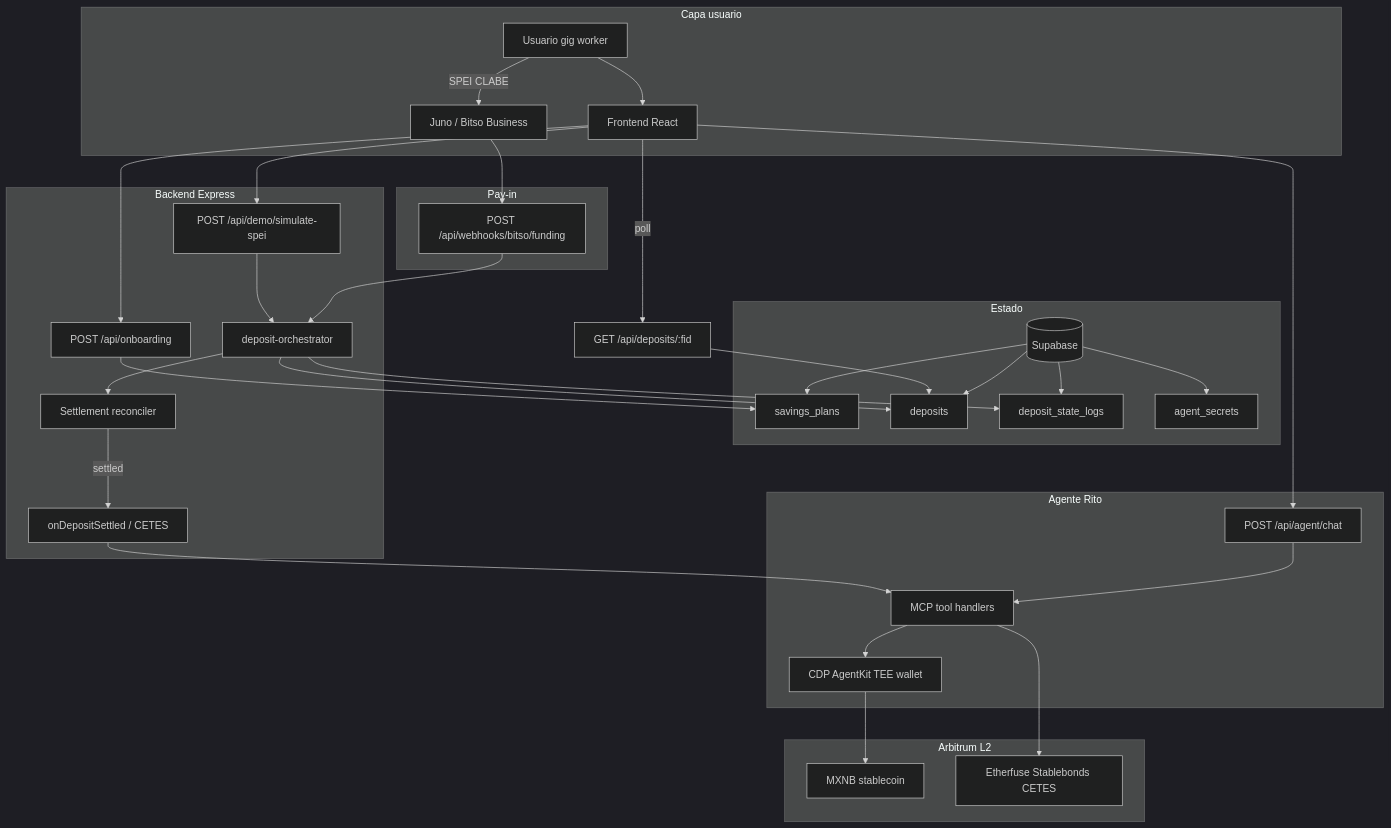
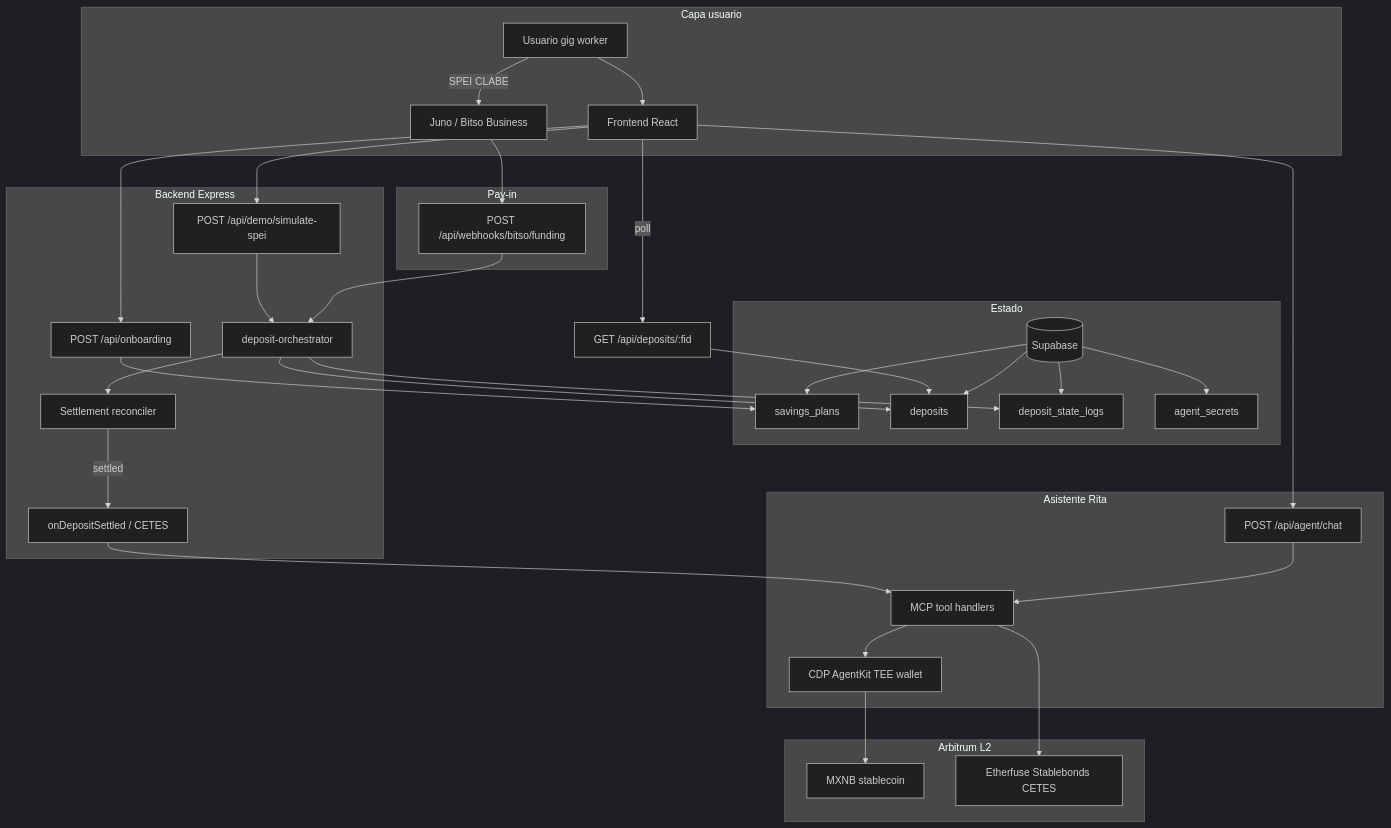
Before and after one commit to Edgadafi/retiro-inteligente-latam: the diagram in ARCHITECTURE.md, drawn with Mermaid (dark theme). The commit also changed other lines of this file and 3 other files, not shown here.

````diff
--- a/ARCHITECTURE.md
+++ b/ARCHITECTURE.md
@@ -12,63 +12,63 @@
 ```mermaid
 flowchart TB
   subgraph edge [Capa usuario]
     User[Usuario gig worker]
     FE[Frontend React]
     User -->|SPEI CLABE| PayIn
     User --> FE
   end
 
   subgraph payin [Pay-in]
     PayIn[Juno / Bitso Business]
     WH["POST /api/webhooks/bitso/funding"]
     PayIn --> WH
   end
 
   subgraph data [Estado]
     SB[(Supabase)]
     Plans[savings_plans]
     Deposits[deposits]
     Logs[deposit_state_logs]
     AgentSec[agent_secrets]
     SB --> Plans
     SB --> Deposits
     SB --> Logs
     SB --> AgentSec
   end
 
   subgraph backend [Backend Express]
     Onboard["POST /api/onboarding"]
     Demo["POST /api/demo/simulate-spei"]
     Recon[Settlement reconciler]
     Orch[deposit-orchestrator]
     WH --> Orch
     Demo --> Orch
     Onboard --> Plans
     Orch --> Deposits
     Orch --> Recon
     Recon -->|settled| Invest
   end
 
-  subgraph ai [Agente Rito]
+  subgraph ai [Asistente Rita]
     Chat["POST /api/agent/chat"]
     MCP[MCP tool handlers]
     CDP[CDP AgentKit TEE wallet]
     Chat --> MCP
     MCP --> CDP
     Invest[onDepositSettled / CETES] --> MCP
   end
 
   subgraph onchain [Arbitrum L2]
     MXNB[MXNB stablecoin]
     EF[Etherfuse Stablebonds CETES]
     CDP --> MXNB
     MCP --> EF
   end
 
   FE --> Onboard
   FE --> Demo
   FE --> Chat
   FE -->|poll| DepStatus["GET /api/deposits/:fid"]
   DepStatus --> Deposits
   Orch --> Logs
 ```
````
